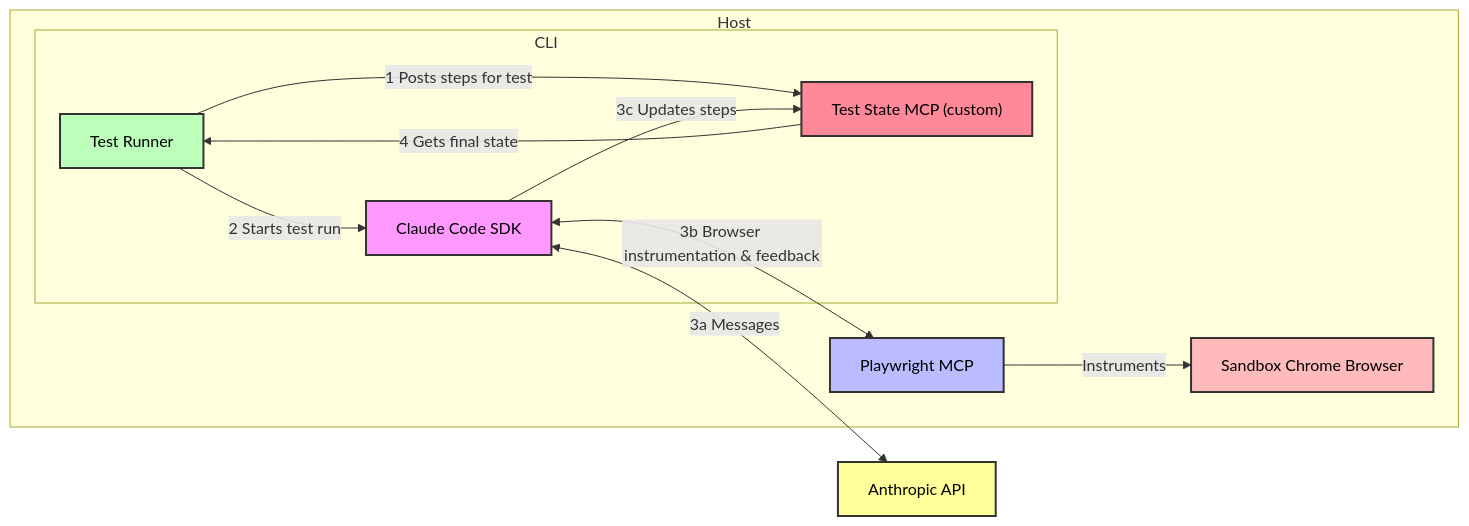
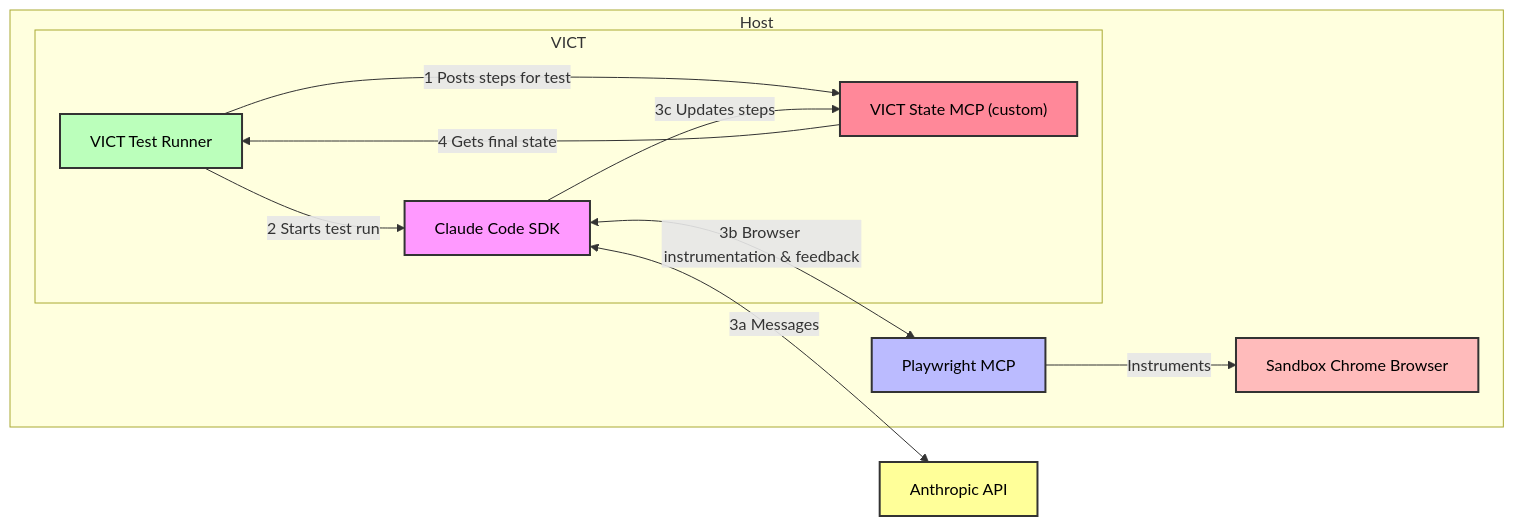
The diagram in claude-test/README.md (varunisrani/skills-claude), drawn with Mermaid before and after one commit. The commit also changed other lines of this file and 14 other files, not shown here.

First line of the commit message:
Complete VICT rebranding: Claude Code Test Runner → Varun Israni Claude Tester

````diff
--- a/claude-test/README.md
+++ b/claude-test/README.md
@@ -108,28 +110,28 @@
 ```mermaid
 graph LR
     subgraph Host
-        subgraph CLI
-            RUNNER["Test Runner"]
+        subgraph VICT
+            RUNNER["VICT Test Runner"]
             SDK["Claude Code SDK"]
-            STATE["Test State MCP (custom)"]
+            STATE["VICT State MCP (custom)"]
         end
         MCP["Playwright MCP"]
         Browser["Sandbox Chrome Browser"]
     end
     API["Anthropic API"]
-    
+
     RUNNER -->|1 Posts steps for test| STATE
     RUNNER -->|2 Starts test run| SDK
     STATE -->|4 Gets final state| RUNNER
     SDK <-->|3a Messages| API
     SDK -->|3c Updates steps| STATE
     SDK <-->|3b Browser instrumentation & feedback| MCP
     MCP -->|Instruments| Browser
-    
+
     style RUNNER fill:#bfb,stroke:#333,stroke-width:2px,color:#000
     style SDK fill:#f9f,stroke:#333,stroke-width:2px,color:#000
     style API fill:#ff9,stroke:#333,stroke-width:2px,color:#000
     style STATE fill:#f89,stroke:#333,stroke-width:2px,color:#000
     style MCP fill:#bbf,stroke:#333,stroke-width:2px,color:#000
     style Browser fill:#fbb,stroke:#333,stroke-width:2px,color:#000
 ```
````
